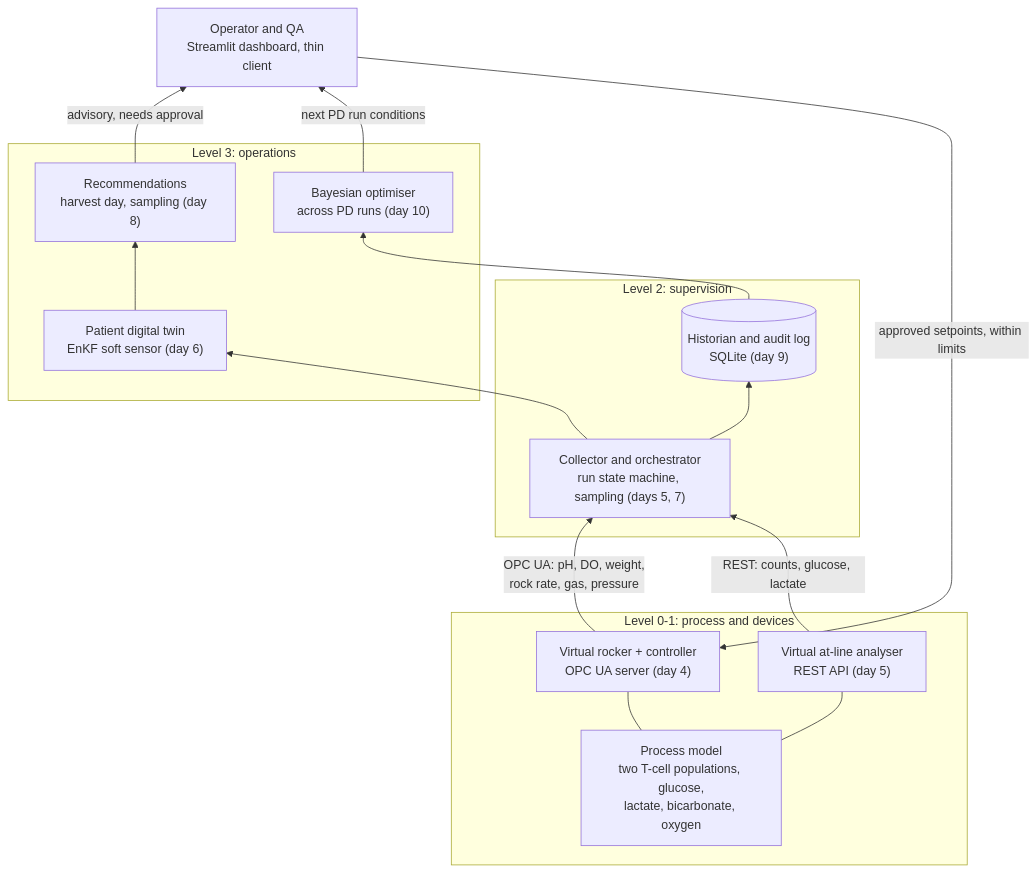
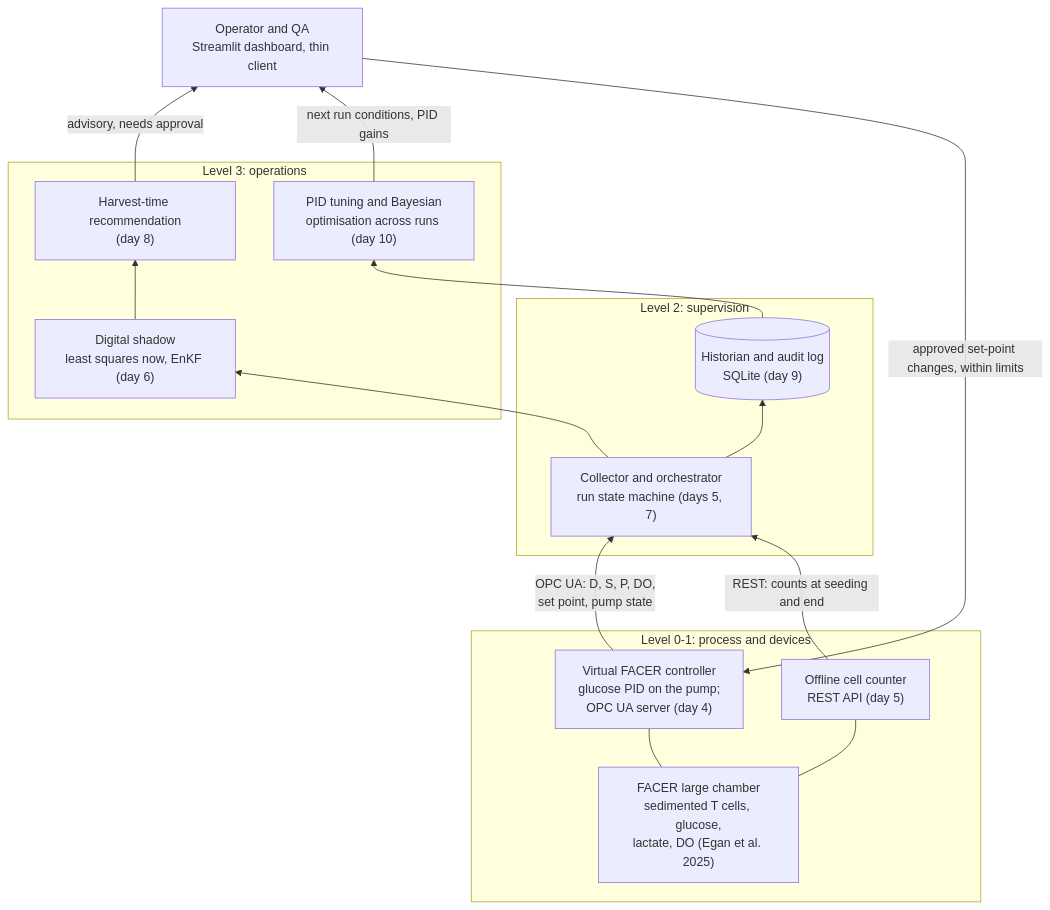
The diagram in docs/architecture.md (ly1815/closed-loop-cell-therapy), drawn with Mermaid before and after one commit. The commit also changed other lines of this file and 45 other files, not shown here.

First line of the commit message:
Rebuild the simulator on Egan et al. (2025): FACER perfusion and digital shadow

````diff
--- a/docs/architecture.md
+++ b/docs/architecture.md
@@ -7,29 +7,29 @@
 ```mermaid
 flowchart BT
     subgraph L0["Level 0-1: process and devices"]
-        P["Process model<br/>two T-cell populations, glucose,<br/>lactate, bicarbonate, oxygen"]
-        R["Virtual rocker + controller<br/>OPC UA server (day 4)"]
-        A["Virtual at-line analyser<br/>REST API (day 5)"]
+        P["FACER large chamber<br/>sedimented T cells, glucose,<br/>lactate, DO (Egan et al. 2025)"]
+        R["Virtual FACER controller<br/>glucose PID on the pump;<br/>OPC UA server (day 4)"]
+        A["Offline cell counter<br/>REST API (day 5)"]
         P --- R
         P --- A
     end
     subgraph L2["Level 2: supervision"]
-        C["Collector and orchestrator<br/>run state machine, sampling (days 5, 7)"]
+        C["Collector and orchestrator<br/>run state machine (days 5, 7)"]
         H[("Historian and audit log<br/>SQLite (day 9)")]
     end
     subgraph L3["Level 3: operations"]
-        T["Patient digital twin<br/>EnKF soft sensor (day 6)"]
-        D["Recommendations<br/>harvest day, sampling (day 8)"]
-        B["Bayesian optimiser<br/>across PD runs (day 10)"]
+        T["Digital shadow<br/>least squares now, EnKF (day 6)"]
+        D["Harvest-time recommendation<br/>(day 8)"]
+        B["PID tuning and Bayesian<br/>optimisation across runs (day 10)"]
     end
     U["Operator and QA<br/>Streamlit dashboard, thin client"]
-    R -->|"OPC UA: pH, DO, weight,<br/>rock rate, gas, pressure"| C
-    A -->|"REST: counts, glucose, lactate"| C
+    R -->|"OPC UA: D, S, P, DO,<br/>set point, pump state"| C
+    A -->|"REST: counts at seeding and end"| C
     C --> H
     C --> T
     T --> D
     D -->|"advisory, needs approval"| U
-    U -->|"approved setpoints, within limits"| R
+    U -->|"approved set-point changes, within limits"| R
     H --> B
-    B -->|"next PD run conditions"| U
+    B -->|"next run conditions, PID gains"| U
 ```
````
